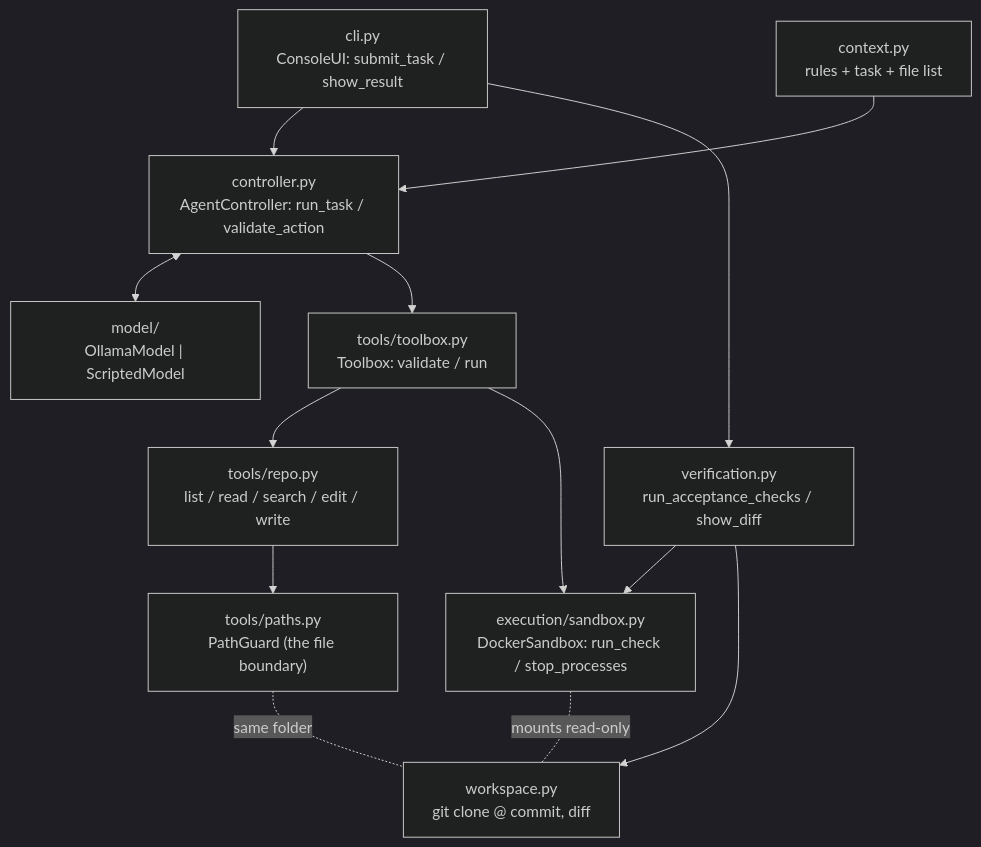
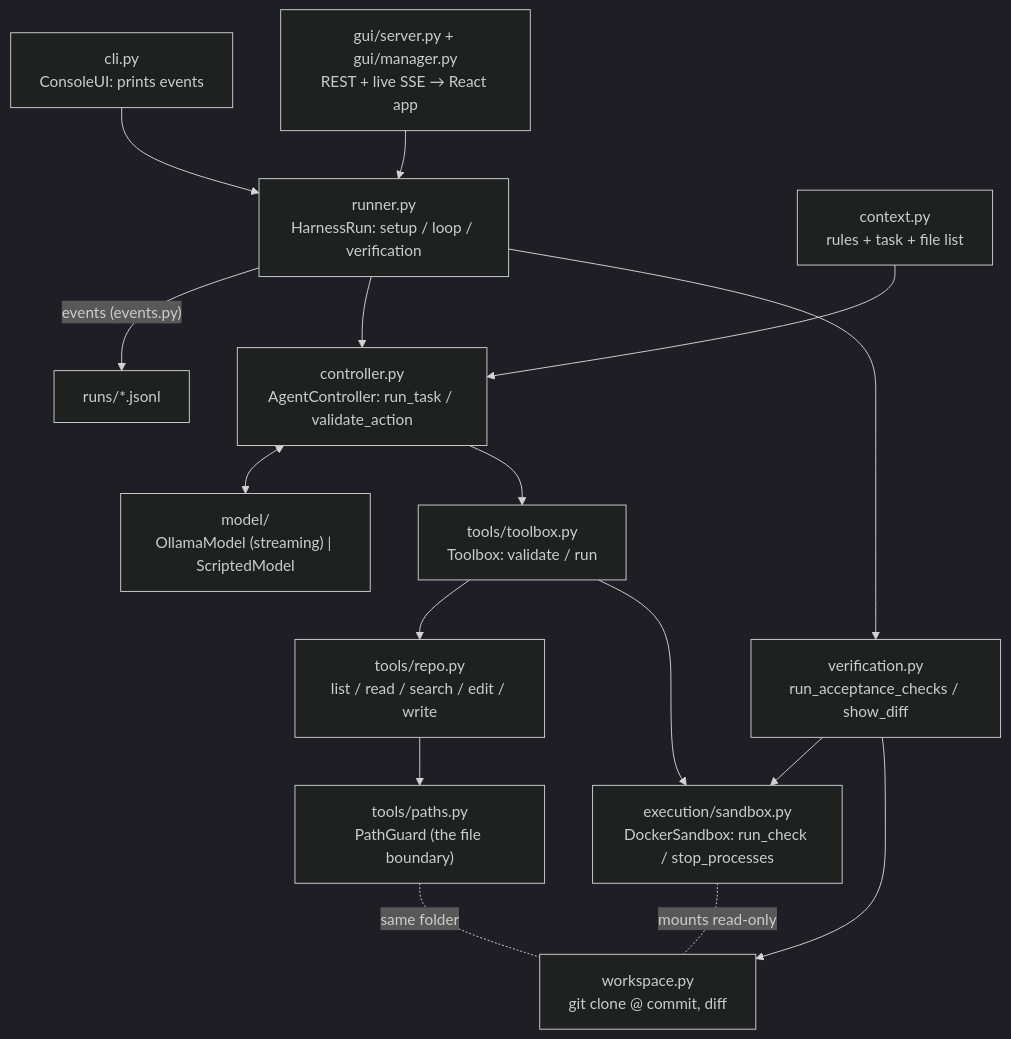
The first of 2 diagrams in semProject/README.md (Krapfen47/pyHarness), drawn with Mermaid (dark theme) before and after one commit. The commit also changed other lines of this file and 54 other files, not shown here.

Commit message:
added react/vite gui to observe agentic loop with clearer visuals

````diff
--- a/semProject/README.md
+++ b/semProject/README.md
@@ -38,15 +85,18 @@
 ```mermaid
 flowchart TD
-    UI["cli.py<br/>ConsoleUI: submit_task / show_result"] --> C["controller.py<br/>AgentController: run_task / validate_action"]
-    C <--> M["model/<br/>OllamaModel | ScriptedModel"]
+    CLI["cli.py<br/>ConsoleUI: prints events"] --> RUN["runner.py<br/>HarnessRun: setup / loop / verification"]
+    GUI["gui/server.py + gui/manager.py<br/>REST + live SSE → React app"] --> RUN
+    RUN -- "events (events.py)" --> LOG["runs/*.jsonl"]
+    RUN --> C["controller.py<br/>AgentController: run_task / validate_action"]
+    C <--> M["model/<br/>OllamaModel (streaming) | ScriptedModel"]
     C --> T["tools/toolbox.py<br/>Toolbox: validate / run"]
     T --> R["tools/repo.py<br/>list / read / search / edit / write"]
     R --> G["tools/paths.py<br/>PathGuard (the file boundary)"]
     T --> X["execution/sandbox.py<br/>DockerSandbox: run_check / stop_processes"]
     CTX["context.py<br/>rules + task + file list"] --> C
-    UI --> V["verification.py<br/>run_acceptance_checks / show_diff"]
+    RUN --> V["verification.py<br/>run_acceptance_checks / show_diff"]
     V --> X
     V --> W["workspace.py<br/>git clone @ commit, diff"]
     G -.same folder.- W
     X -.mounts read-only.- W
 ```
````
